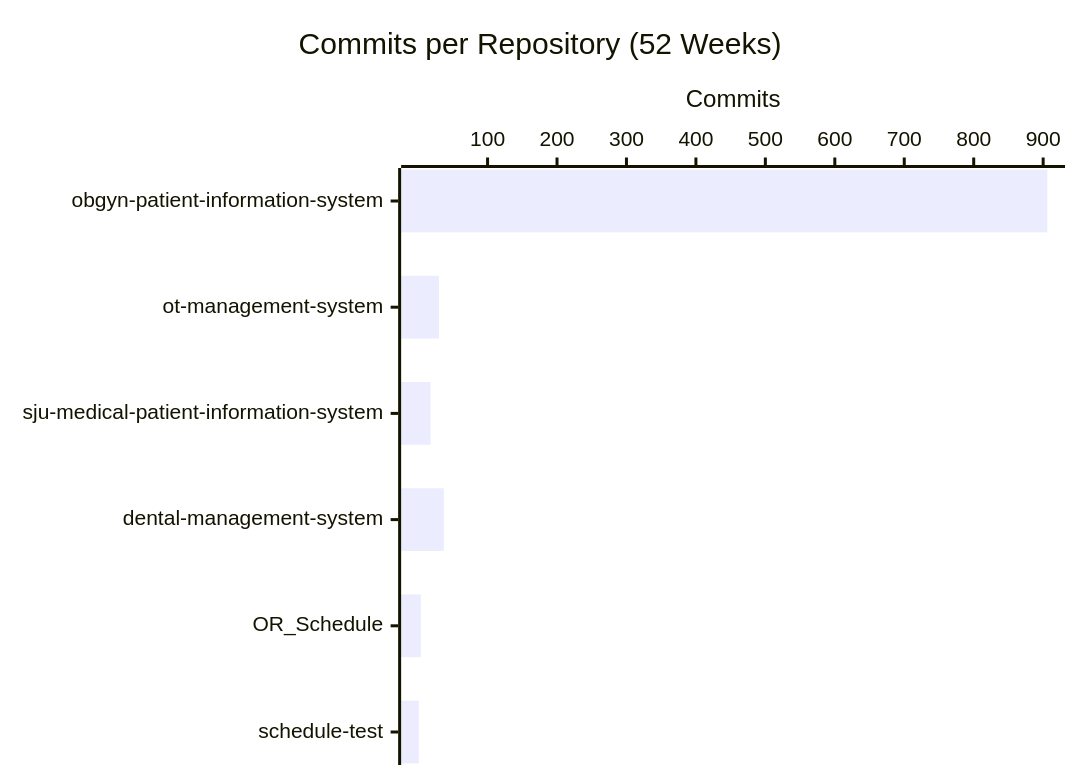
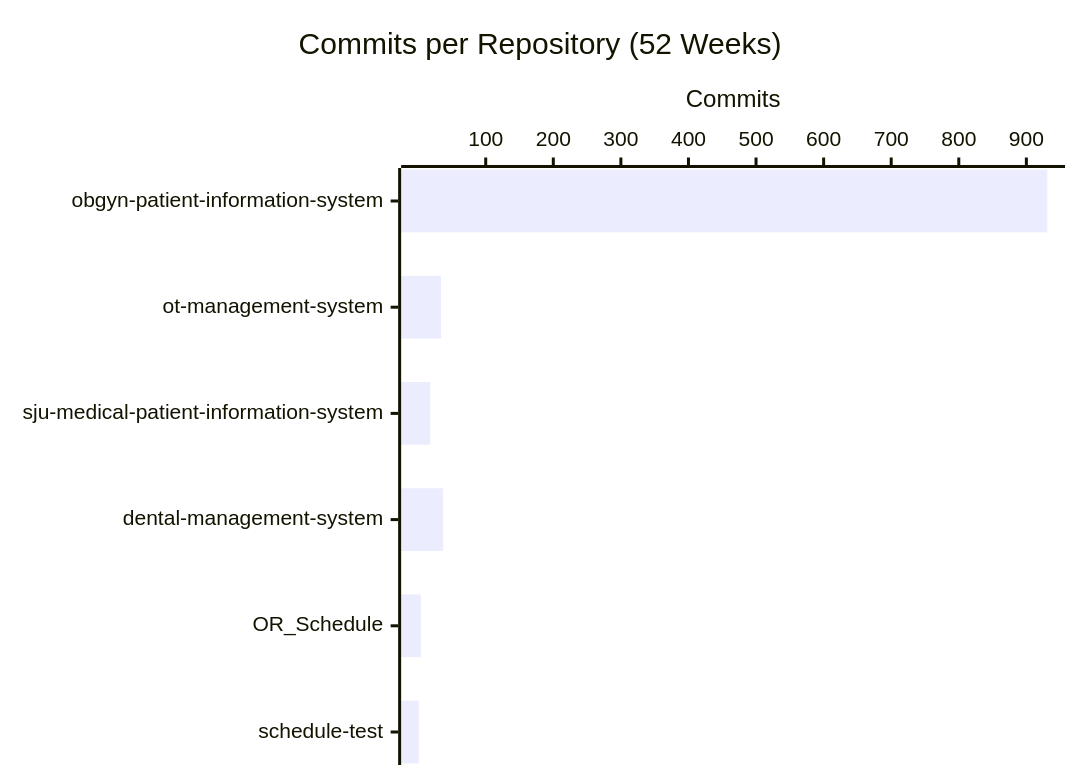
One commit to CSTH-Projects/.github changed the second of 4 diagrams in profile/README.md. Above: the diagram before and after it, drawn with Mermaid. The commit also changed other lines of this file, not shown here.

````diff
--- a/profile/README.md
+++ b/profile/README.md
@@ -24,7 +24,7 @@
 ```mermaid
 xychart-beta horizontal
     title "Commits per Repository (52 Weeks)"
     x-axis ["obgyn-patient-information-system", "ot-management-system", "sju-medical-patient-information-system", "dental-management-system", "OR_Schedule", "schedule-test"]
     y-axis "Commits"
-    bar [906, 30, 18, 37, 4, 1]
+    bar [931, 34, 18, 37, 4, 1]
 ```
````
